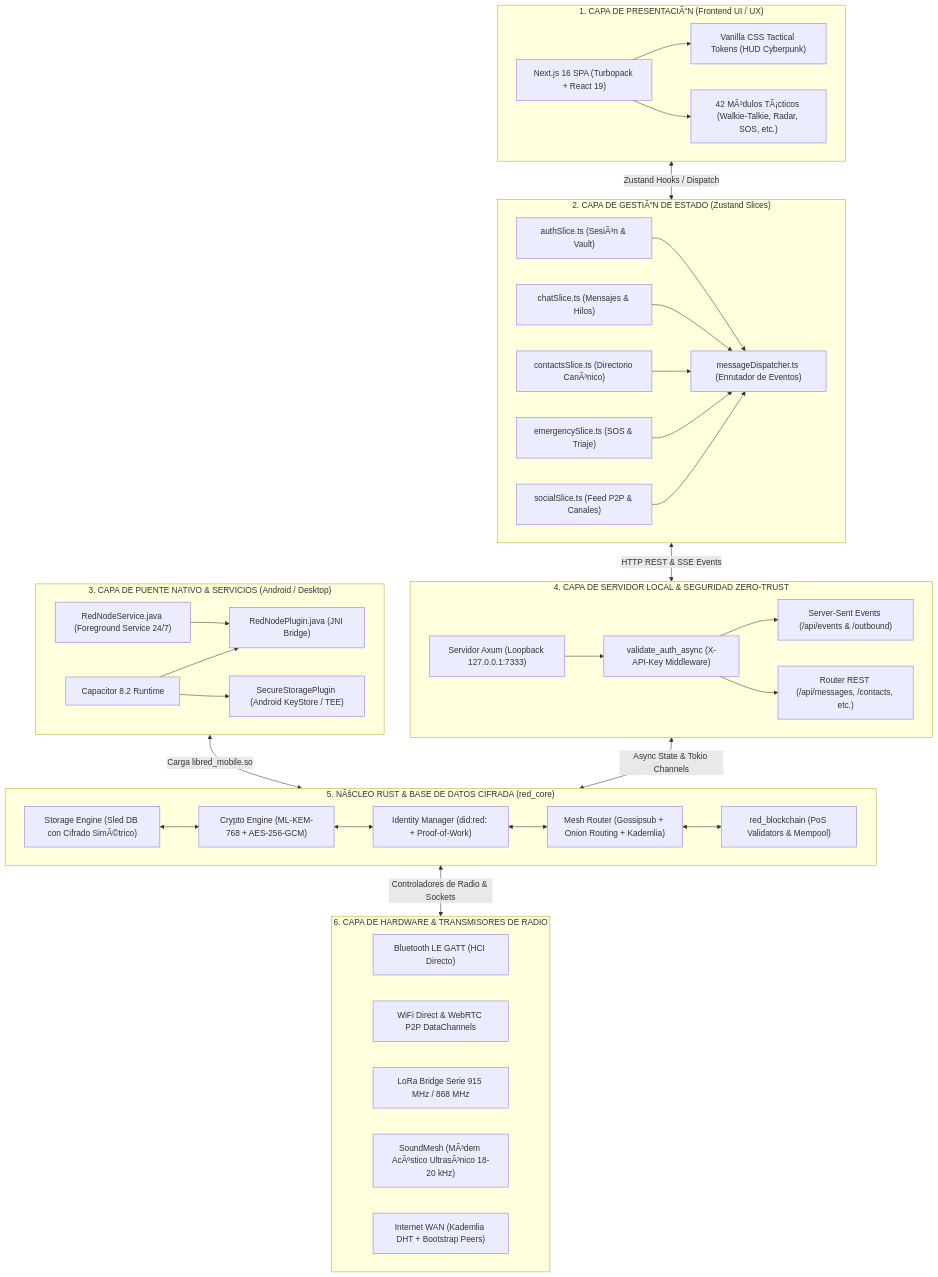
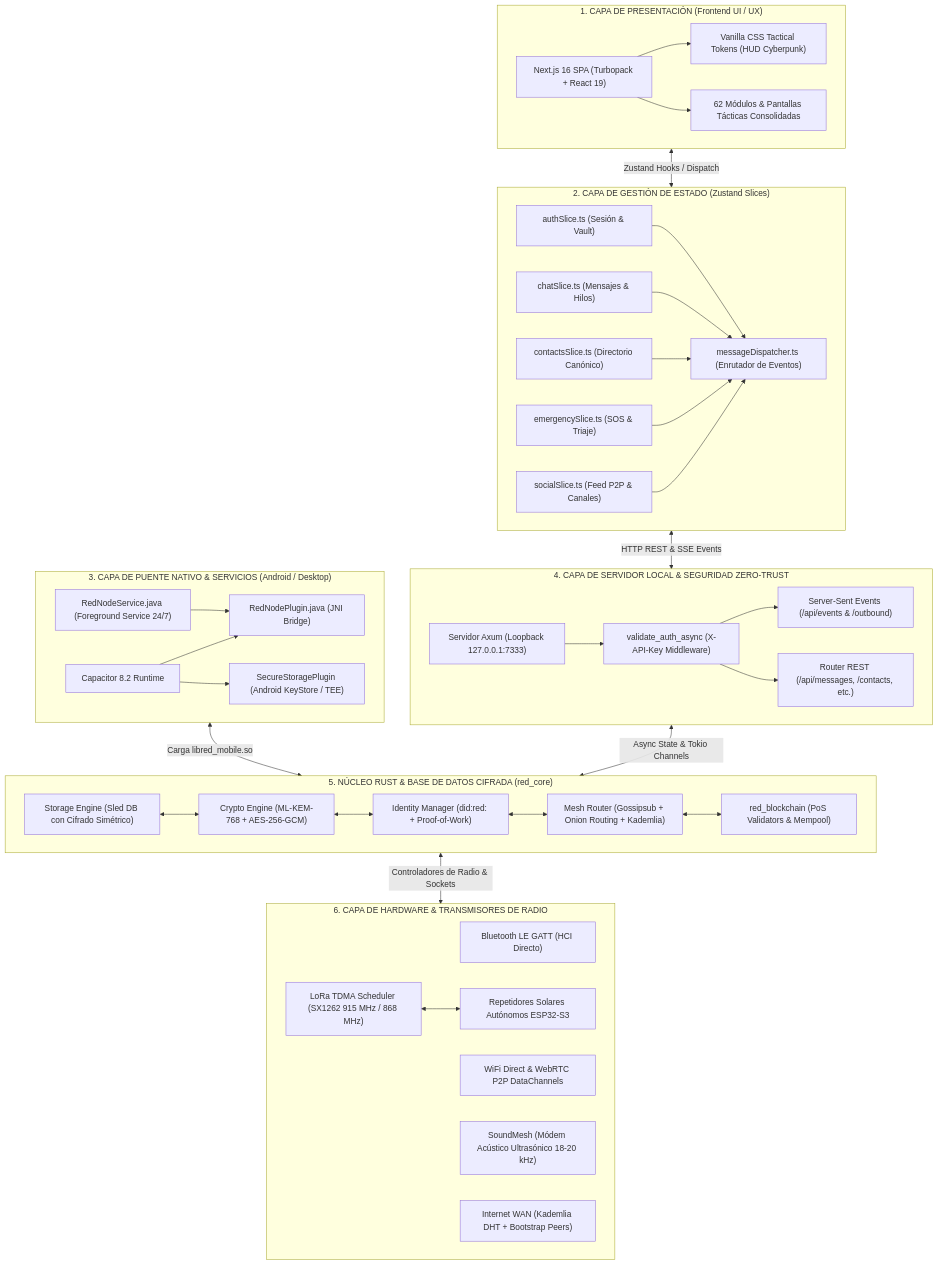
One commit to DarckRovert/RED changed the first of 8 diagrams in ARCHITECTURE.md. Above: the diagram before and after it, drawn with Mermaid. The commit also changed other lines of this file and 76 other files, not shown here.

Commit message:
chore(release): v99.0.0 Geohash Spatial DTN & TDMA Solar Repeater Edition

````diff
--- a/ARCHITECTURE.md
+++ b/ARCHITECTURE.md
@@ -22,74 +25,77 @@
 ```mermaid
 graph TD
-    subgraph CAPA_1_PRESENTACION ["1. CAPA DE PRESENTACIÃ“N (Frontend UI / UX)"]
+    subgraph CAPA_1_PRESENTACION ["1. CAPA DE PRESENTACIÓN (Frontend UI / UX)"]
         UI_SPA["Next.js 16 SPA (Turbopack + React 19)"]
         CSS_TOKENS["Vanilla CSS Tactical Tokens (HUD Cyberpunk)"]
-        MOD_CATALOG["42 MÃ³dulos TÃ¡cticos (Walkie-Talkie, Radar, SOS, etc.)"]
+        MOD_CATALOG["62 Módulos & Pantallas Tácticas Consolidadas"]
         UI_SPA --> CSS_TOKENS
         UI_SPA --> MOD_CATALOG
     end
 
-    subgraph CAPA_2_ESTADO ["2. CAPA DE GESTIÃ“N DE ESTADO (Zustand Slices)"]
-        Z_AUTH["authSlice.ts (SesiÃ³n & Vault)"]
+    subgraph CAPA_2_ESTADO ["2. CAPA DE GESTIÓN DE ESTADO (Zustand Slices)"]
+        Z_AUTH["authSlice.ts (Sesión & Vault)"]
         Z_CHAT["chatSlice.ts (Mensajes & Hilos)"]
-        Z_CONTACTS["contactsSlice.ts (Directorio CanÃ³nico)"]
+        Z_CONTACTS["contactsSlice.ts (Directorio Canónico)"]
         Z_EMERGENCY["emergencySlice.ts (SOS & Triaje)"]
         Z_SOCIAL["socialSlice.ts (Feed P2P & Canales)"]
         DISPATCHER["messageDispatcher.ts (Enrutador de Eventos)"]
         
         Z_AUTH --> DISPATCHER
         Z_CHAT --> DISPATCHER
         Z_CONTACTS --> DISPATCHER
         Z_EMERGENCY --> DISPATCHER
         Z_SOCIAL --> DISPATCHER
     end
 
     subgraph CAPA_3_PUENTE ["3. CAPA DE PUENTE NATIVO & SERVICIOS (Android / Desktop)"]
         CAP_BRIDGE["Capacitor 8.2 Runtime"]
         JNI_PLUGIN["RedNodePlugin.java (JNI Bridge)"]
         BG_SERVICE["RedNodeService.java (Foreground Service 24/7)"]
         SEC_STORE["SecureStoragePlugin (Android KeyStore / TEE)"]
         
         CAP_BRIDGE --> JNI_PLUGIN
         CAP_BRIDGE --> SEC_STORE
         BG_SERVICE --> JNI_PLUGIN
     end
 
     subgraph CAPA_4_SERVIDOR ["4. CAPA DE SERVIDOR LOCAL & SEGURIDAD ZERO-TRUST"]
         AXUM_SRV["Servidor Axum (Loopback 127.0.0.1:7333)"]
         AUTH_MW["validate_auth_async (X-API-Key Middleware)"]
         SSE_STREAM["Server-Sent Events (/api/events & /outbound)"]
         REST_ROUTES["Router REST (/api/messages, /contacts, etc.)"]
         
         AXUM_SRV --> AUTH_MW
         AUTH_MW --> SSE_STREAM
         AUTH_MW --> REST_ROUTES
     end
 
-    subgraph CAPA_5_RUST_CORE ["5. NÃšCLEO RUST & BASE DE DATOS CIFRADA (red_core)"]
-        RUST_STORAGE["Storage Engine (Sled DB con Cifrado SimÃ©trico)"]
+    subgraph CAPA_5_RUST_CORE ["5. NÚCLEO RUST & BASE DE DATOS CIFRADA (red_core)"]
+        RUST_STORAGE["Storage Engine (Sled DB con Cifrado Simétrico)"]
         RUST_CRYPTO["Crypto Engine (ML-KEM-768 + AES-256-GCM)"]
         RUST_IDENTITY["Identity Manager (did:red: + Proof-of-Work)"]
         RUST_MESH["Mesh Router (Gossipsub + Onion Routing + Kademlia)"]
         RUST_BLOCKCHAIN["red_blockchain (PoS Validators & Mempool)"]
         
         RUST_STORAGE <--> RUST_CRYPTO
         RUST_CRYPTO <--> RUST_IDENTITY
         RUST_IDENTITY <--> RUST_MESH
         RUST_MESH <--> RUST_BLOCKCHAIN
     end
 
     subgraph CAPA_6_HARDWARE ["6. CAPA DE HARDWARE & TRANSMISORES DE RADIO"]
         BLE_RADIO["Bluetooth LE GATT (HCI Directo)"]
         WIFI_RADIO["WiFi Direct & WebRTC P2P DataChannels"]
-        LORA_RADIO["LoRa Bridge Serie 915 MHz / 868 MHz"]
-        SOUND_MODEM["SoundMesh (MÃ³dem AcÃºstico UltrasÃ³nico 18-20 kHz)"]
+        TDMA_LORA["LoRa TDMA Scheduler (SX1262 915 MHz / 868 MHz)"]
+        SOLAR_FLEET["Repetidores Solares Autónomos ESP32-S3"]
+        SOUND_MODEM["SoundMesh (Módem Acústico Ultrasónico 18-20 kHz)"]
         WAN_DHT["Internet WAN (Kademlia DHT + Bootstrap Peers)"]
+        
+        TDMA_LORA <--> SOLAR_FLEET
     end
 
     CAPA_1_PRESENTACION <-->|"Zustand Hooks / Dispatch"| CAPA_2_ESTADO
     CAPA_2_ESTADO <-->|"HTTP REST & SSE Events"| CAPA_4_SERVIDOR
     CAPA_3_PUENTE <-->|"Carga libred_mobile.so"| CAPA_5_RUST_CORE
     CAPA_4_SERVIDOR <-->|"Async State & Tokio Channels"| CAPA_5_RUST_CORE
     CAPA_5_RUST_CORE <-->|"Controladores de Radio & Sockets"| CAPA_6_HARDWARE
 ```
````
